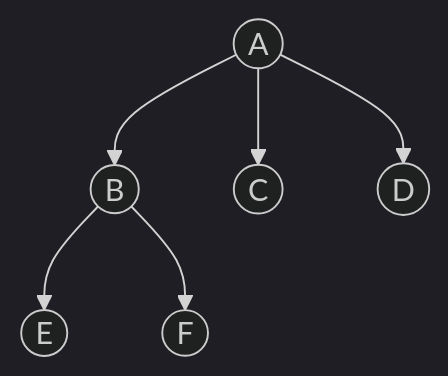
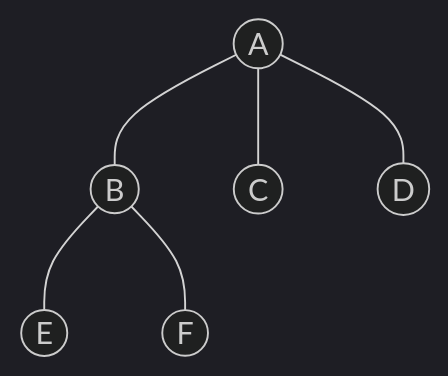
Diagram 15 of 26 in docs/10.软考/10.软件设计师/10.数据结构与算法/15.树.md (mujin-lin/mujin-blog), drawn with Mermaid (dark theme) before and after one commit. The commit also changed other lines of this file and 2 other files, not shown here.

Commit message:
整理树的文章，增加图的文章内容

````diff
--- a/docs/10.软考/10.软件设计师/10.数据结构与算法/15.树.md
+++ b/docs/10.软考/10.软件设计师/10.数据结构与算法/15.树.md
@@ -837,8 +844,8 @@
-```mermaid
-graph TD
-    A((A)) --> B((B))
-    A((A)) --> C((C))
-    A((A)) --> D((D))
-    B((B)) --> E((E))
-    B((B)) --> F((F))
-```
+    ```mermaid
+    graph TD
+        A((A)) --- B((B))
+        A((A)) --- C((C))
+        A((A)) --- D((D))
+        B((B)) --- E((E))
+        B((B)) --- F((F))
+    ```
````
